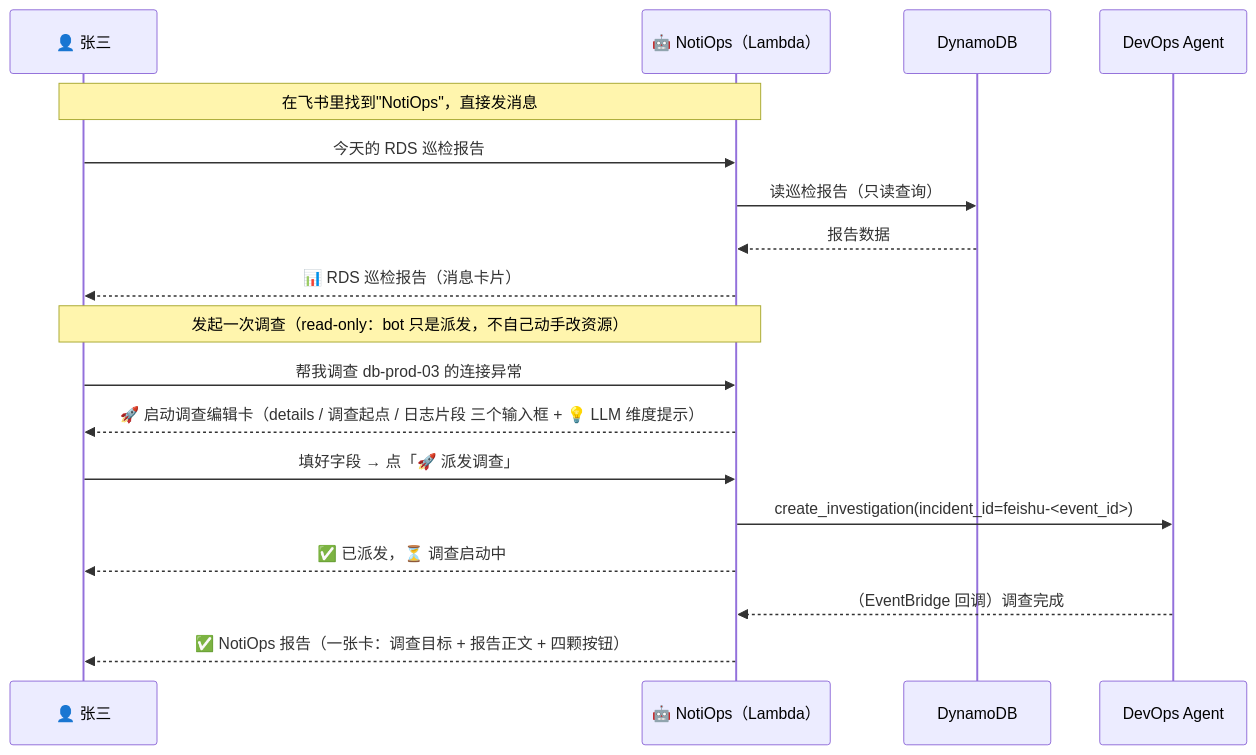
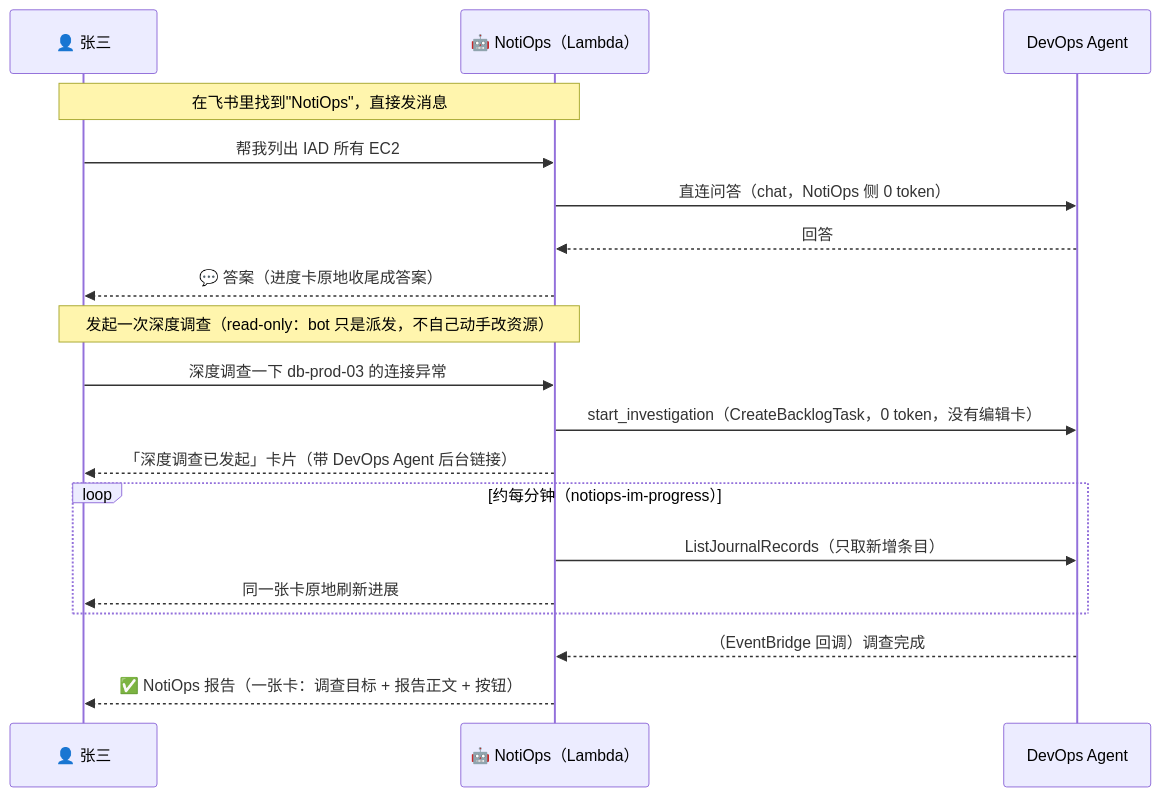
Before and after one commit to aws-samples/sample-notiops: the second of 7 diagrams in docs/im-bot-interaction.md, drawn with Mermaid. The commit also changed other lines of this file and 171 other files, not shown here.

First line of the commit message:
release: NotiOps v1.0.30

````diff
--- a/docs/im-bot-interaction.md
+++ b/docs/im-bot-interaction.md
@@ -55,22 +57,23 @@
 ```mermaid
 sequenceDiagram
     participant User as 👤 张三
     participant Bot as 🤖 NotiOps（Lambda）
-    participant DDB as DynamoDB
     participant Agent as DevOps Agent
 
     Note over User,Bot: 在飞书里找到"NotiOps"，直接发消息
-    User->>Bot: 今天的 RDS 巡检报告
-    Bot->>DDB: 读巡检报告（只读查询）
-    DDB-->>Bot: 报告数据
-    Bot-->>User: 📊 RDS 巡检报告（消息卡片）
+    User->>Bot: 帮我列出 IAD 所有 EC2
+    Bot->>Agent: 直连问答（chat，NotiOps 侧 0 token）
+    Agent-->>Bot: 回答
+    Bot-->>User: 💬 答案（进度卡原地收尾成答案）
 
-    Note over User,Bot: 发起一次调查（read-only：bot 只是派发，不自己动手改资源）
-    User->>Bot: 帮我调查 db-prod-03 的连接异常
-    Bot-->>User: 🚀 启动调查编辑卡（details / 调查起点 / 日志片段 三个输入框 + 💡 LLM 维度提示）
-    User->>Bot: 填好字段 → 点「🚀 派发调查」
-    Bot->>Agent: create_investigation(incident_id=feishu-<event_id>)
-    Bot-->>User: ✅ 已派发，⏳ 调查启动中
+    Note over User,Bot: 发起一次深度调查（read-only：bot 只是派发，不自己动手改资源）
+    User->>Bot: 深度调查一下 db-prod-03 的连接异常
+    Bot->>Agent: start_investigation（CreateBacklogTask，0 token，没有编辑卡）
+    Bot-->>User: 「深度调查已发起」卡片（带 DevOps Agent 后台链接）
+    loop 约每分钟（notiops-im-progress）
+        Bot->>Agent: ListJournalRecords（只取新增条目）
+        Bot-->>User: 同一张卡原地刷新进展
+    end
     Agent-->>Bot: （EventBridge 回调）调查完成
-    Bot-->>User: ✅ NotiOps 报告（一张卡：调查目标 + 报告正文 + 四颗按钮）
+    Bot-->>User: ✅ NotiOps 报告（一张卡：调查目标 + 报告正文 + 按钮）
 ```
````
